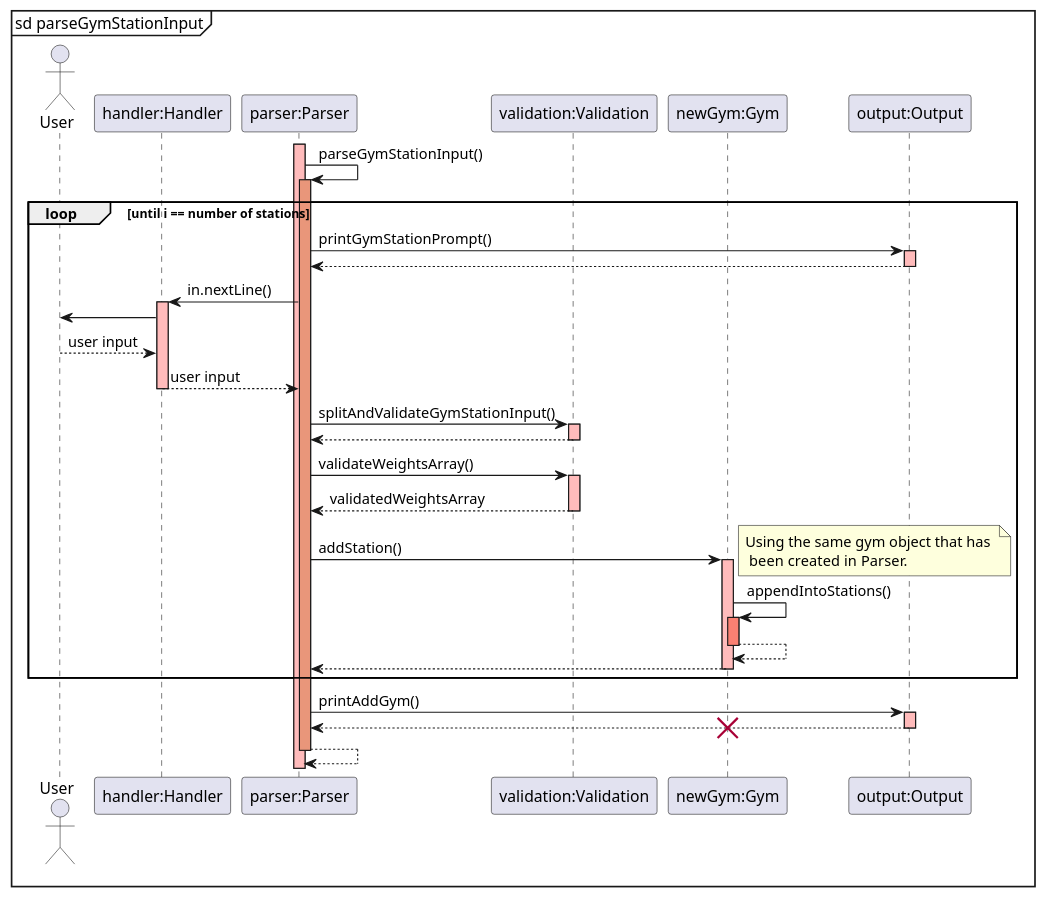
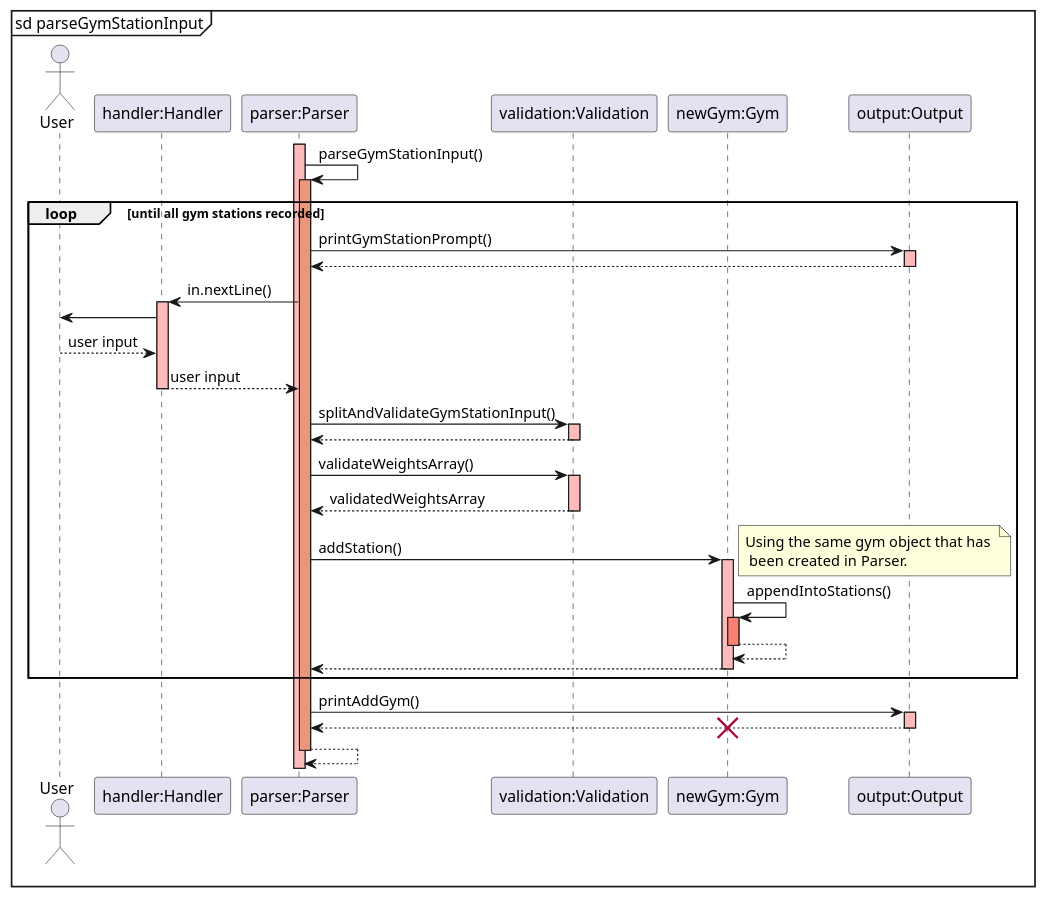
One commit to rouvinerh/tp changed the diagram in docs/puml/sequence_diagrams/gym_station_sequence.puml. Above: the diagram before and after it, drawn with PlantUML. The commit also changed 8 other files, not shown here.

Commit message:
edit DG diagrams and wording

```diff
--- a/docs/puml/sequence_diagrams/gym_station_sequence.puml
+++ b/docs/puml/sequence_diagrams/gym_station_sequence.puml
@@ -1,51 +1,51 @@
 @startuml
 mainframe sd parseGymStationInput
 actor User
 participant "handler:Handler" as Handler
 participant "parser:Parser" as Parser
 participant "validation:Validation" as Validation
 participant "newGym:Gym" as Gym
 participant "output:Output" as Output
 
 activate Parser  #FFBBBB
 Parser -> Parser : parseGymStationInput()
     activate Parser #DarkSalmon
-        loop until i == number of stations
+        loop until all gym stations recorded
             Parser -> Output : printGymStationPrompt()
             activate Output #FFBBBB
             Output --> Parser : 
             deactivate Output #DarkSalmon
 
             Parser -> Handler: in.nextLine()
             activate Handler #FFBBBB
             Handler -> User:
             User --> Handler: user input
             Handler --> Parser: user input
             deactivate Handler #FFBBBB
             Parser -> Validation: splitAndValidateGymStationInput()
             activate Validation #FFBBBB
             Validation --> Parser:
 
             deactivate Validation #FFBBBB
             Parser -> Validation: validateWeightsArray()
             activate Validation #FFBBBB
             Validation --> Parser: validatedWeightsArray
             deactivate Validation #FFBBBB
             Parser -> Gym: addStation() 
             note right : Using the same gym object that has \n been created in Parser.
             activate Gym #FFBBBB
             Gym -> Gym : appendIntoStations()
             activate Gym #Salmon
             Gym --> Gym : 
             deactivate Gym #Salmon
             Gym --> Parser:
             deactivate Gym #FFBBBB
         end
     Parser -> Output: printAddGym()
     activate Output #FFBBBB
     Output --> Parser:
     destroy Gym
     deactivate Output
     Parser --> Parser :
     deactivate Parser #DarkSalmon
 @enduml
```
